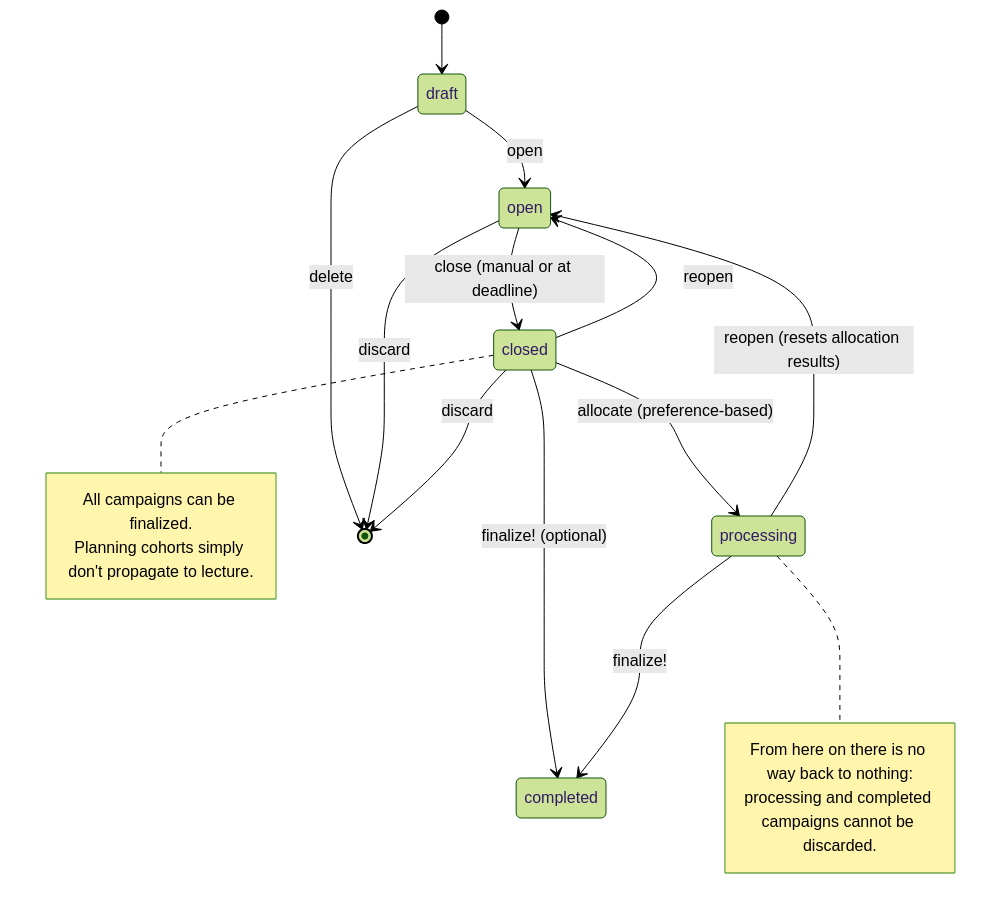
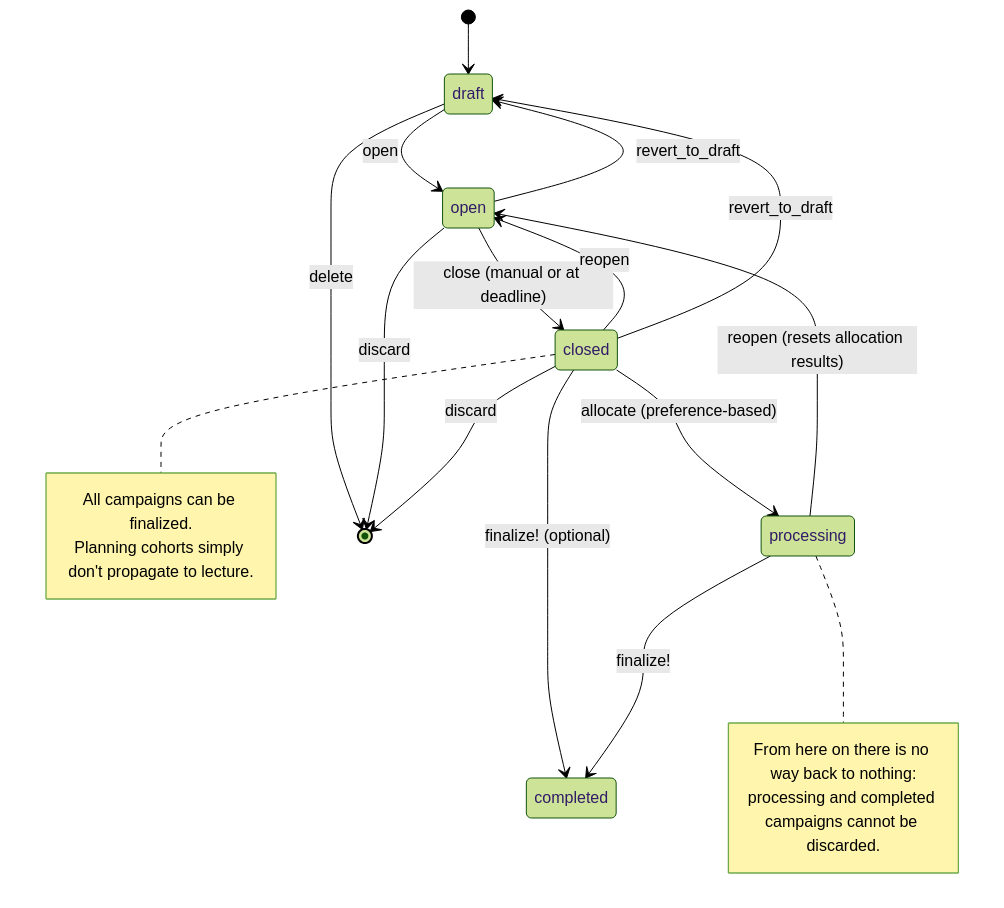
The first of 6 diagrams in architecture/src/features/02-registration.md (MaMpf-HD/mampf), drawn with Mermaid (forest theme) before and after one commit. The commit also changed other lines of this file and 3 other files, not shown here.

````diff
--- a/architecture/src/features/02-registration.md
+++ b/architecture/src/features/02-registration.md
@@ -1451,24 +1464,26 @@
 ```mermaid
 stateDiagram-v2
     [*] --> draft
     draft --> open: open
     open --> closed: close (manual or at deadline)
     closed --> open: reopen
     closed --> processing: allocate (preference-based)
     processing --> open: reopen (resets allocation results)
     closed --> completed: finalize! (optional)
     processing --> completed: finalize!
     draft --> [*]: delete
     open --> [*]: discard
     closed --> [*]: discard
+    open --> draft: revert_to_draft
+    closed --> draft: revert_to_draft
 
     note right of closed
         All campaigns can be finalized.
         Planning cohorts simply don't propagate to lecture.
     end note
 
     note right of processing
         From here on there is no way back to nothing:
         processing and completed campaigns cannot be discarded.
     end note
 ```
````
